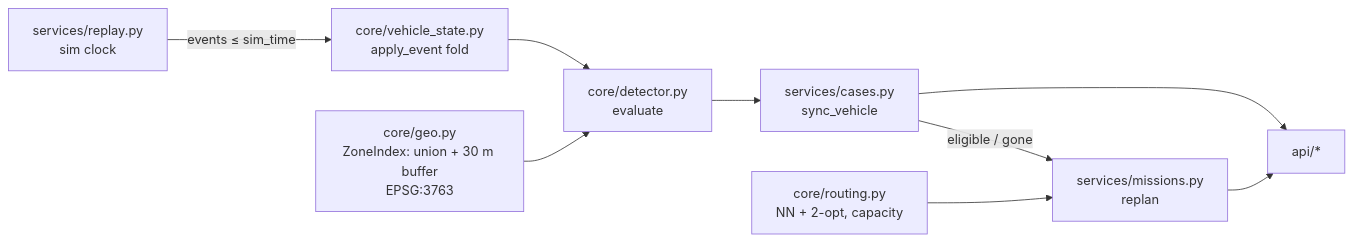
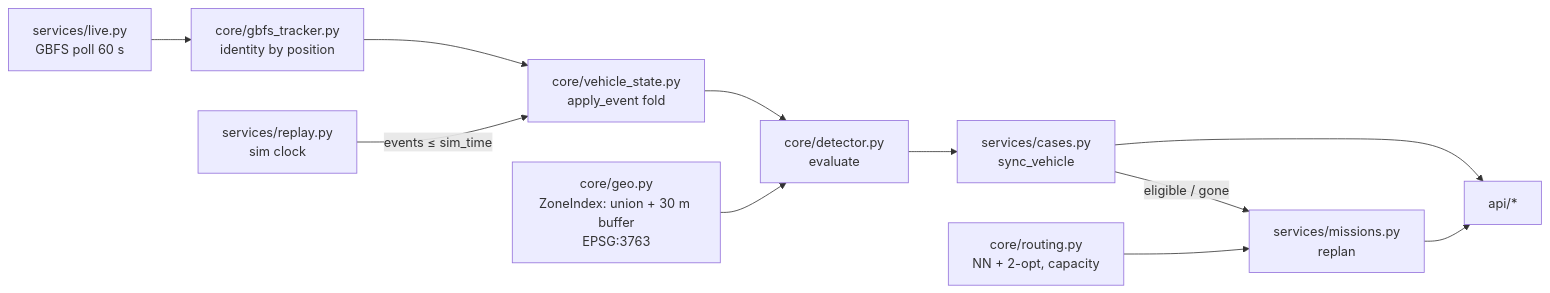
One commit to davidfgcorreia/hackcity changed the second of 3 diagrams in docs/operations_architecture.md. Above: the diagram before and after it, drawn with Mermaid. The commit also changed other lines of this file and 19 other files, not shown here.

````diff
--- a/docs/operations_architecture.md
+++ b/docs/operations_architecture.md
@@ -39,11 +66,13 @@
 ```mermaid
 flowchart LR
+  LV[services/live.py<br/>GBFS poll 60 s] --> TR[core/gbfs_tracker.py<br/>identity by position]
+  TR --> VS
   RP[services/replay.py<br/>sim clock] -->|events ≤ sim_time| VS[core/vehicle_state.py<br/>apply_event fold]
   VS --> DT[core/detector.py<br/>evaluate]
   GZ[core/geo.py<br/>ZoneIndex: union + 30 m buffer<br/>EPSG:3763] --> DT
   DT --> CS[services/cases.py<br/>sync_vehicle]
   CS -->|eligible / gone| MS[services/missions.py<br/>replan]
   RT[core/routing.py<br/>NN + 2-opt, capacity] --> MS
   MS --> API[api/*]
   CS --> API
 ```
````
